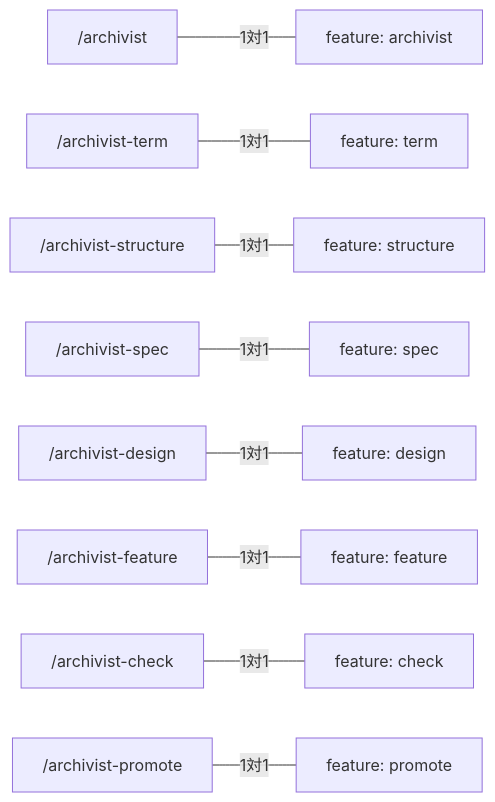
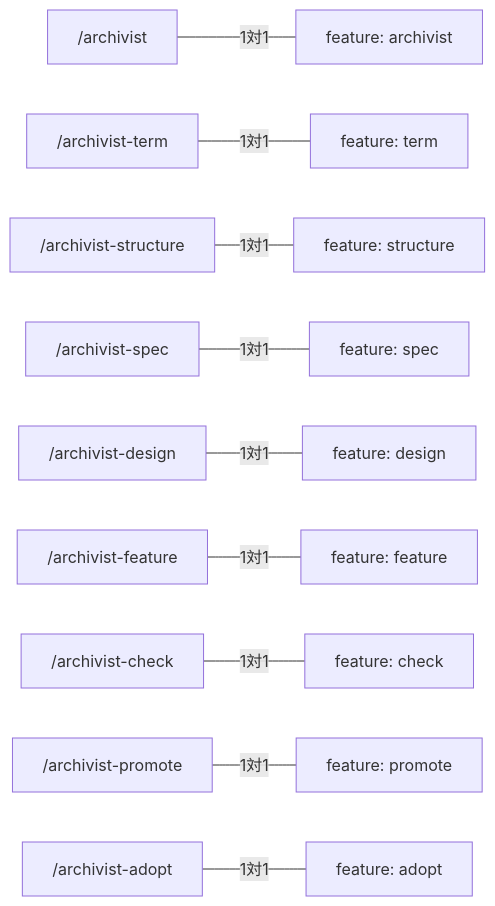
One commit to gameundwatch/archivist changed the second of 2 diagrams in docs/archivist/L3_structures/skill-composition.md. Above: the diagram before and after it, drawn with Mermaid. The commit also changed other lines of this file and 7 other files, not shown here.

````diff
--- a/docs/archivist/L3_structures/skill-composition.md
+++ b/docs/archivist/L3_structures/skill-composition.md
@@ -27,11 +32,12 @@
 ```mermaid
 flowchart LR
     S0["/archivist"] ---|1対1| F0["feature: archivist"]
     S1["/archivist-term"] ---|1対1| F1["feature: term"]
     S2["/archivist-structure"] ---|1対1| F2["feature: structure"]
     S3["/archivist-spec"] ---|1対1| F3["feature: spec"]
     S4["/archivist-design"] ---|1対1| F4["feature: design"]
     S5["/archivist-feature"] ---|1対1| F5["feature: feature"]
     S6["/archivist-check"] ---|1対1| F6["feature: check"]
     S7["/archivist-promote"] ---|1対1| F7["feature: promote"]
+    S8["/archivist-adopt"] ---|1対1| F8["feature: adopt"]
 ```
````
